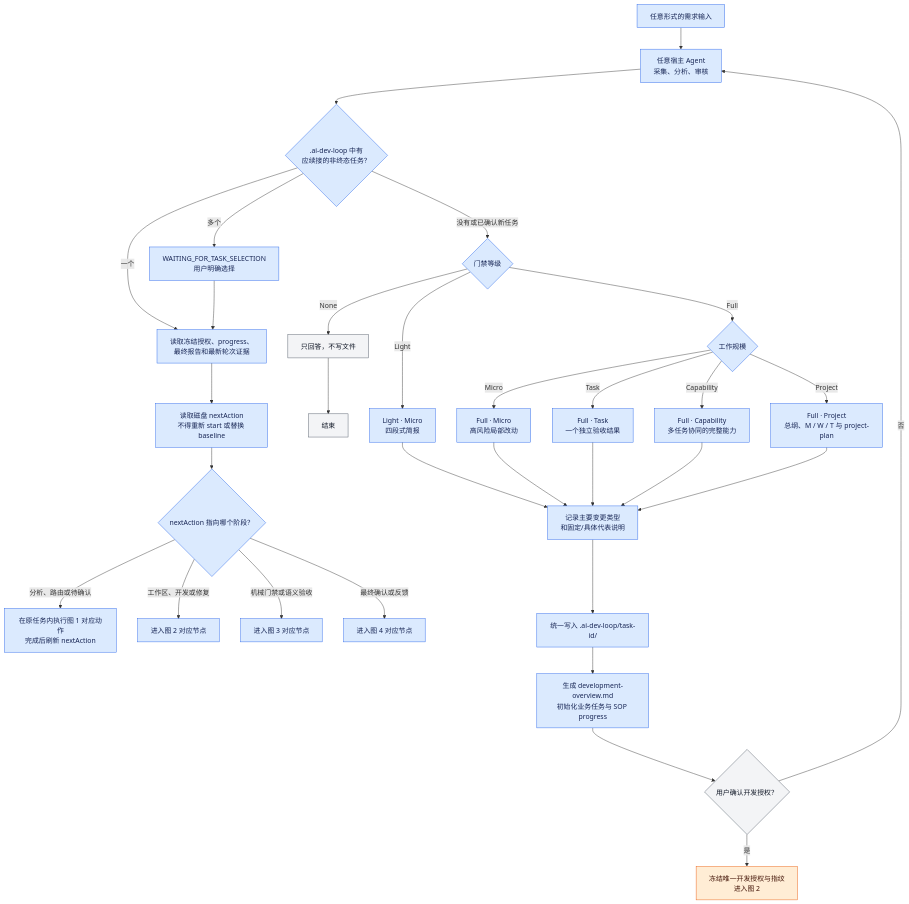
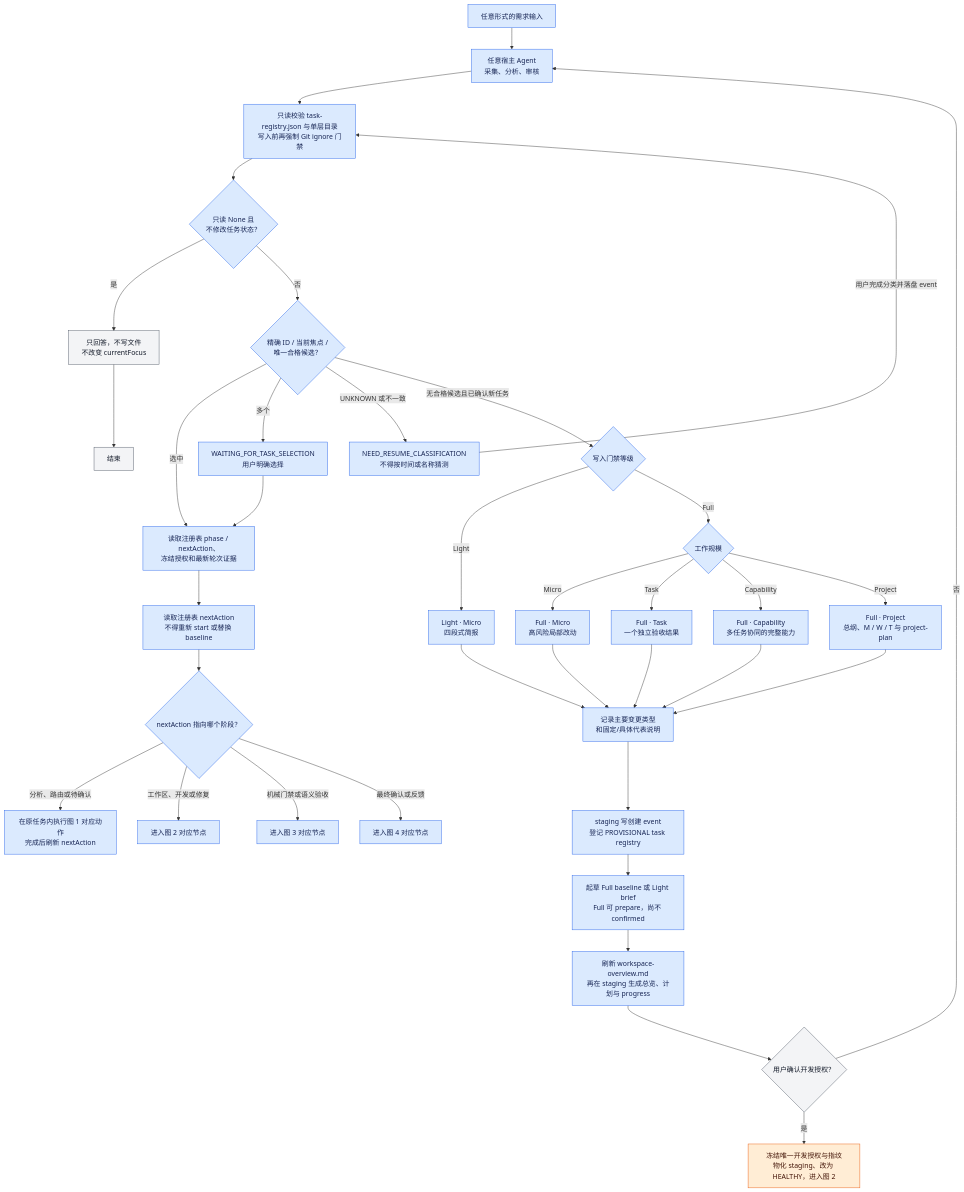
Before and after one commit to feng123321li/gated-ai-dev-loop: the second of 5 diagrams in skills/gated-ai-dev-loop/references/workflow.md, drawn with Mermaid. The commit also changed other lines of this file and 15 other files, not shown here.

Commit message:
feat(skill): add deterministic workspace task registry

````diff
--- a/skills/gated-ai-dev-loop/references/workflow.md
+++ b/skills/gated-ai-dev-loop/references/workflow.md
@@ -49,45 +49,49 @@
 ```mermaid
 flowchart TD
     INPUT["任意形式的需求输入"] --> HOST["任意宿主 Agent<br/>采集、分析、审核"]
-    HOST --> RECOVER{".ai-dev-loop 中有<br/>应续接的非终态任务？"}
+    HOST --> REGISTRY["只读校验 task-registry.json 与单层目录<br/>写入前再强制 Git ignore 门禁"]
+    REGISTRY --> READ_ONLY{"只读 None 且<br/>不修改任务状态？"}
+    READ_ONLY -->|是| NONE["只回答，不写文件<br/>不改变 currentFocus"]
+    NONE --> END["结束"]
+    READ_ONLY -->|否| RECOVER{"精确 ID / 当前焦点 /<br/>唯一合格候选？"}
 
-    RECOVER -->|一个| RESUME["读取冻结授权、progress、<br/>最终报告和最新轮次证据"]
+    RECOVER -->|选中| RESUME["读取注册表 phase / nextAction、<br/>冻结授权和最新轮次证据"]
     RECOVER -->|多个| TASK_SELECT["WAITING_FOR_TASK_SELECTION<br/>用户明确选择"]
     TASK_SELECT --> RESUME
-    RESUME --> RECOVERED_ACTION["读取磁盘 nextAction<br/>不得重新 start 或替换 baseline"]
+    RECOVER -->|UNKNOWN 或不一致| CLASSIFY["NEED_RESUME_CLASSIFICATION<br/>不得按时间或名称猜测"]
+    CLASSIFY -->|用户完成分类并落盘 event| REGISTRY
+    RESUME --> RECOVERED_ACTION["读取注册表 nextAction<br/>不得重新 start 或替换 baseline"]
     RECOVERED_ACTION --> NEXT_ACTION{"nextAction 指向哪个阶段？"}
     NEXT_ACTION -->|分析、路由或待确认| STAGE1["在原任务内执行图 1 对应动作<br/>完成后刷新 nextAction"]
     NEXT_ACTION -->|工作区、开发或修复| STAGE2["进入图 2 对应节点"]
     NEXT_ACTION -->|机械门禁或语义验收| STAGE3["进入图 3 对应节点"]
     NEXT_ACTION -->|最终确认或反馈| STAGE4["进入图 4 对应节点"]
 
-    RECOVER -->|没有或已确认新任务| ROUTE{"门禁等级"}
-    ROUTE -->|None| NONE["只回答，不写文件"]
-    NONE --> END["结束"]
-
+    RECOVER -->|无合格候选且已确认新任务| ROUTE{"写入门禁等级"}
     ROUTE -->|Light| MICRO_LIGHT["Light · Micro<br/>四段式简报"]
     ROUTE -->|Full| SCALE{"工作规模"}
     SCALE -->|Micro| MICRO_FULL["Full · Micro<br/>高风险局部改动"]
     SCALE -->|Task| TASK["Full · Task<br/>一个独立验收结果"]
     SCALE -->|Capability| CAPABILITY["Full · Capability<br/>多任务协同的完整能力"]
     SCALE -->|Project| PROJECT["Full · Project<br/>总纲、M / W / T 与 project-plan"]
 
     MICRO_LIGHT --> KIND["记录主要变更类型<br/>和固定/具体代表说明"]
     MICRO_FULL --> KIND
     TASK --> KIND
     CAPABILITY --> KIND
     PROJECT --> KIND
-    KIND --> RUNTIME["统一写入 .ai-dev-loop/task-id/"]
-    RUNTIME --> TRACK["生成 development-overview.md<br/>初始化业务任务与 SOP progress"]
+    KIND --> RUNTIME["staging 写创建 event<br/>登记 PROVISIONAL task registry"]
+    RUNTIME --> AUTHORIZE["起草 Full baseline 或 Light brief<br/>Full 可 prepare，尚不 confirmed"]
+    AUTHORIZE --> TRACK["刷新 workspace-overview.md<br/>再在 staging 生成总览、计划与 progress"]
     TRACK --> CONFIRM{"用户确认开发授权？"}
     CONFIRM -->|否| HOST
-    CONFIRM -->|是| FREEZE["冻结唯一开发授权与指纹<br/>进入图 2"]
+    CONFIRM -->|是| FREEZE["冻结唯一开发授权与指纹<br/>物化 staging、改为 HEALTHY，进入图 2"]
 
     classDef host fill:#dbeafe,stroke:#2563eb,color:#172554;
     classDef gate fill:#ffedd5,stroke:#ea580c,color:#431407;
     classDef human fill:#f3f4f6,stroke:#4b5563,color:#111827;
 
-    class INPUT,HOST,RECOVER,RESUME,TASK_SELECT,RECOVERED_ACTION,NEXT_ACTION,STAGE1,STAGE2,STAGE3,STAGE4,ROUTE,SCALE,MICRO_LIGHT,MICRO_FULL,TASK,CAPABILITY,PROJECT,KIND,RUNTIME,TRACK host;
+    class INPUT,HOST,REGISTRY,READ_ONLY,RECOVER,RESUME,TASK_SELECT,CLASSIFY,RECOVERED_ACTION,NEXT_ACTION,STAGE1,STAGE2,STAGE3,STAGE4,ROUTE,SCALE,MICRO_LIGHT,MICRO_FULL,TASK,CAPABILITY,PROJECT,KIND,RUNTIME,AUTHORIZE,TRACK host;
     class FREEZE gate;
     class NONE,END,CONFIRM human;
 ```
````
